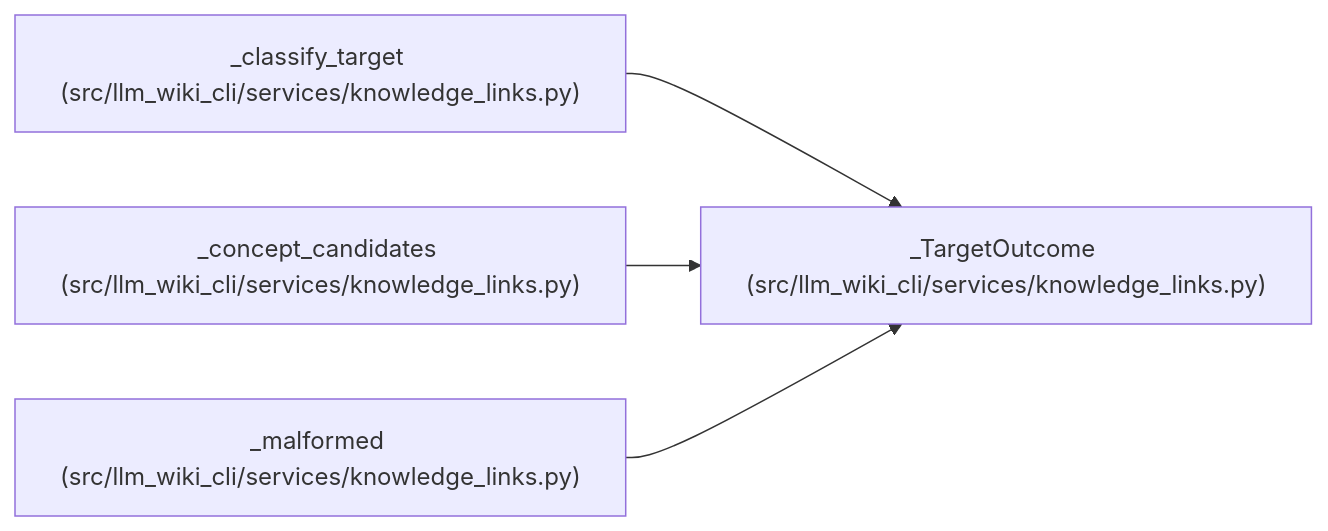
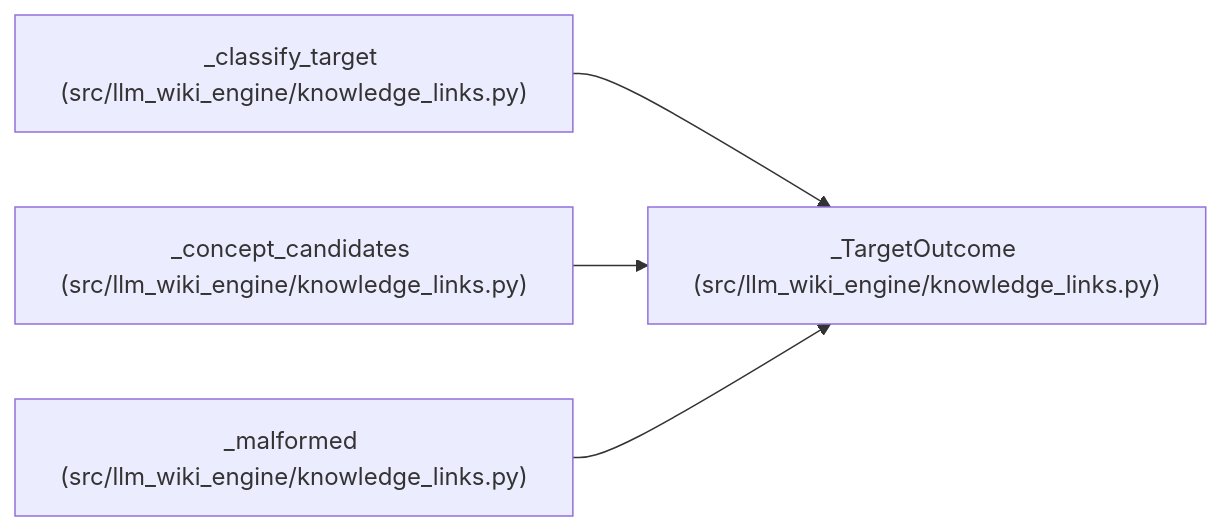
Before and after one commit to Denissvgn/python-wiki-llm: the diagram in docs/llm_wiki/entities/TargetOutcome.md, drawn with Mermaid. The commit also changed other lines of this file and 1058 other files, not shown here.

First line of the commit message:
docs: refresh the wiki for the knowledge store move

````diff
--- a/docs/llm_wiki/entities/TargetOutcome.md
+++ b/docs/llm_wiki/entities/TargetOutcome.md
@@ -30,14 +30,14 @@
 ```mermaid
 flowchart LR
-    n0["_TargetOutcome (src/llm_wiki_cli/services/knowledge_links.py)"]
-    n1["_classify_target (src/llm_wiki_cli/services/knowledge_links.py)"]
-    n2["_concept_candidates (src/llm_wiki_cli/services/knowledge_links.py)"]
-    n3["_malformed (src/llm_wiki_cli/services/knowledge_links.py)"]
+    n0["_TargetOutcome (src/llm_wiki_engine/knowledge_links.py)"]
+    n1["_classify_target (src/llm_wiki_engine/knowledge_links.py)"]
+    n2["_concept_candidates (src/llm_wiki_engine/knowledge_links.py)"]
+    n3["_malformed (src/llm_wiki_engine/knowledge_links.py)"]
     n1 --> n0
     n2 --> n0
     n3 --> n0
     click n0 "../modules/knowledge_links.md"
     click n1 "../modules/knowledge_links.md"
     click n2 "../modules/knowledge_links.md"
     click n3 "../modules/knowledge_links.md"
 ```
````
